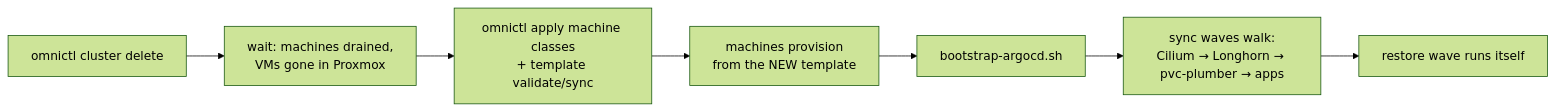
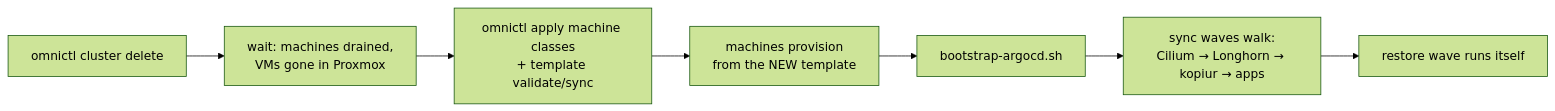
One commit to mitchross/talos-argocd-proxmox changed the second of 2 diagrams in docs/disaster-recovery.md. Above: the diagram before and after it, drawn with Mermaid (forest theme). The commit also changed other lines of this file and 2 other files, not shown here.

````diff
--- a/docs/disaster-recovery.md
+++ b/docs/disaster-recovery.md
@@ -75,9 +86,9 @@
 ```mermaid
 flowchart LR
     N[omnictl cluster delete] --> W[wait: machines drained,\nVMs gone in Proxmox]
     W --> C[omnictl apply machine classes\n+ template validate/sync]
     C --> P[machines provision\nfrom the NEW template]
     P --> B[bootstrap-argocd.sh]
-    B --> WAVES[sync waves walk:\nCilium → Longhorn → pvc-plumber → apps]
+    B --> WAVES[sync waves walk:\nCilium → Longhorn → kopiur → apps]
     WAVES --> R[restore wave runs itself]
 ```
````
